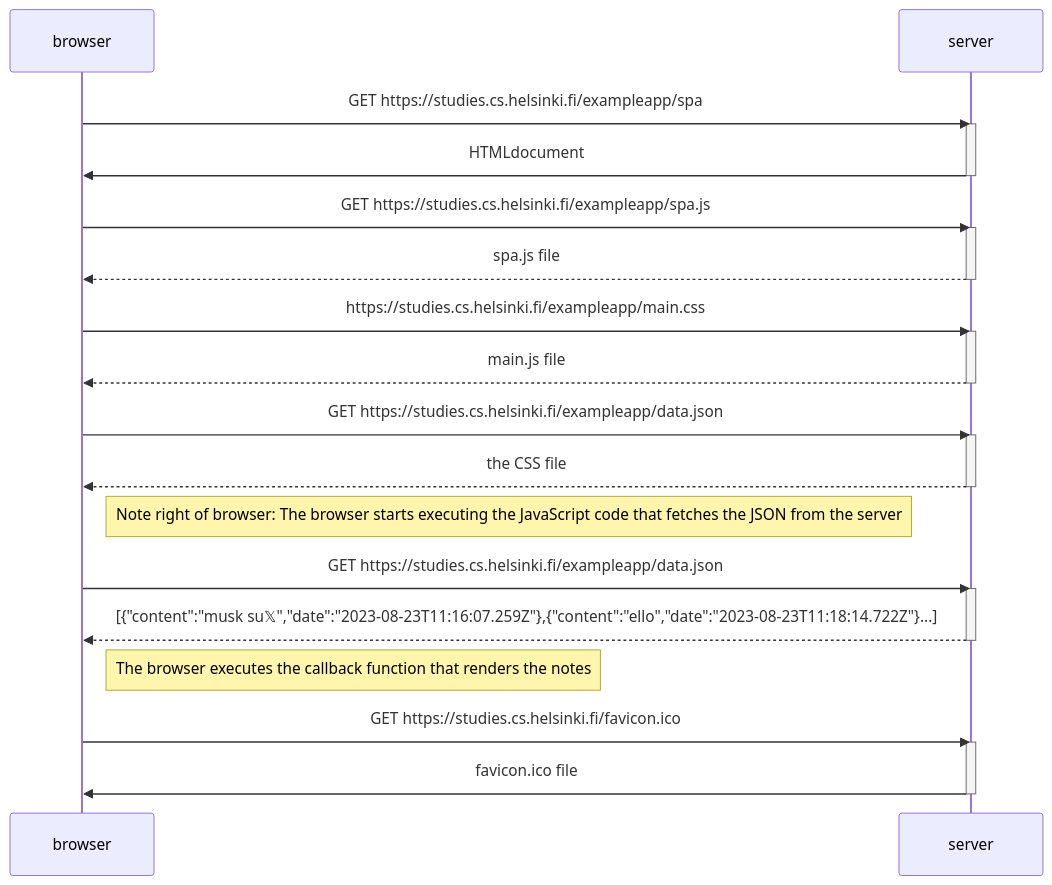
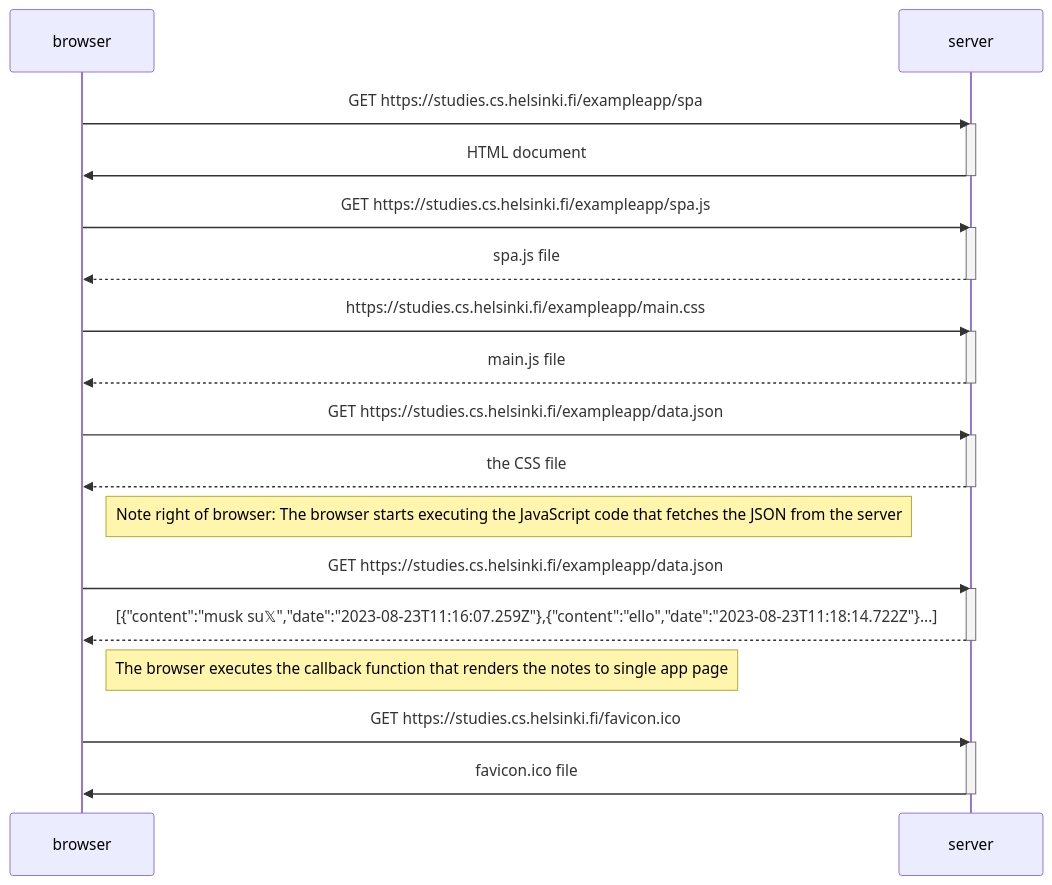
The diagram in osa0/0.5.MD (CodeCoffeeShop/Fullstack2023), drawn with Mermaid before and after one commit. The commit also changed 1 other file, not shown here.

Commit message:
all done!

````diff
--- a/osa0/0.5.MD
+++ b/osa0/0.5.MD
@@ -1,40 +1,40 @@
 ```mermaid
 sequenceDiagram
 participant browser
 participant server
 
 browser->>server: GET https://studies.cs.helsinki.fi/exampleapp/spa
 activate server 
-server->>browser: HTMLdocument
+server->>browser: HTML document
 deactivate server
 
 browser->>server: GET https://studies.cs.helsinki.fi/exampleapp/spa.js
 activate server
 server-->>browser: spa.js file
 deactivate server
 
 browser->>server: https://studies.cs.helsinki.fi/exampleapp/main.css
 activate server
 server-->>browser: main.js file
 deactivate server
 
 
 browser->>server: GET https://studies.cs.helsinki.fi/exampleapp/data.json
 activate server
 server-->>browser: the CSS file
 deactivate server
 
 Note right of browser: Note right of browser: The browser starts executing the JavaScript code that fetches the JSON from the server
 
 browser->>server: GET https://studies.cs.helsinki.fi/exampleapp/data.json
 activate server
 server-->>browser: [{"content":"musk su𝕏","date":"2023-08-23T11:16:07.259Z"},{"content":"ello","date":"2023-08-23T11:18:14.722Z"}...]
 deactivate server    
 
-Note right of browser: The browser executes the callback function that renders the notes 
+Note right of browser: The browser executes the callback function that renders the notes to single app page
 
 browser->>server: GET https://studies.cs.helsinki.fi/favicon.ico
 activate server
 server->>browser: favicon.ico file
 deactivate server 
 ```
````
